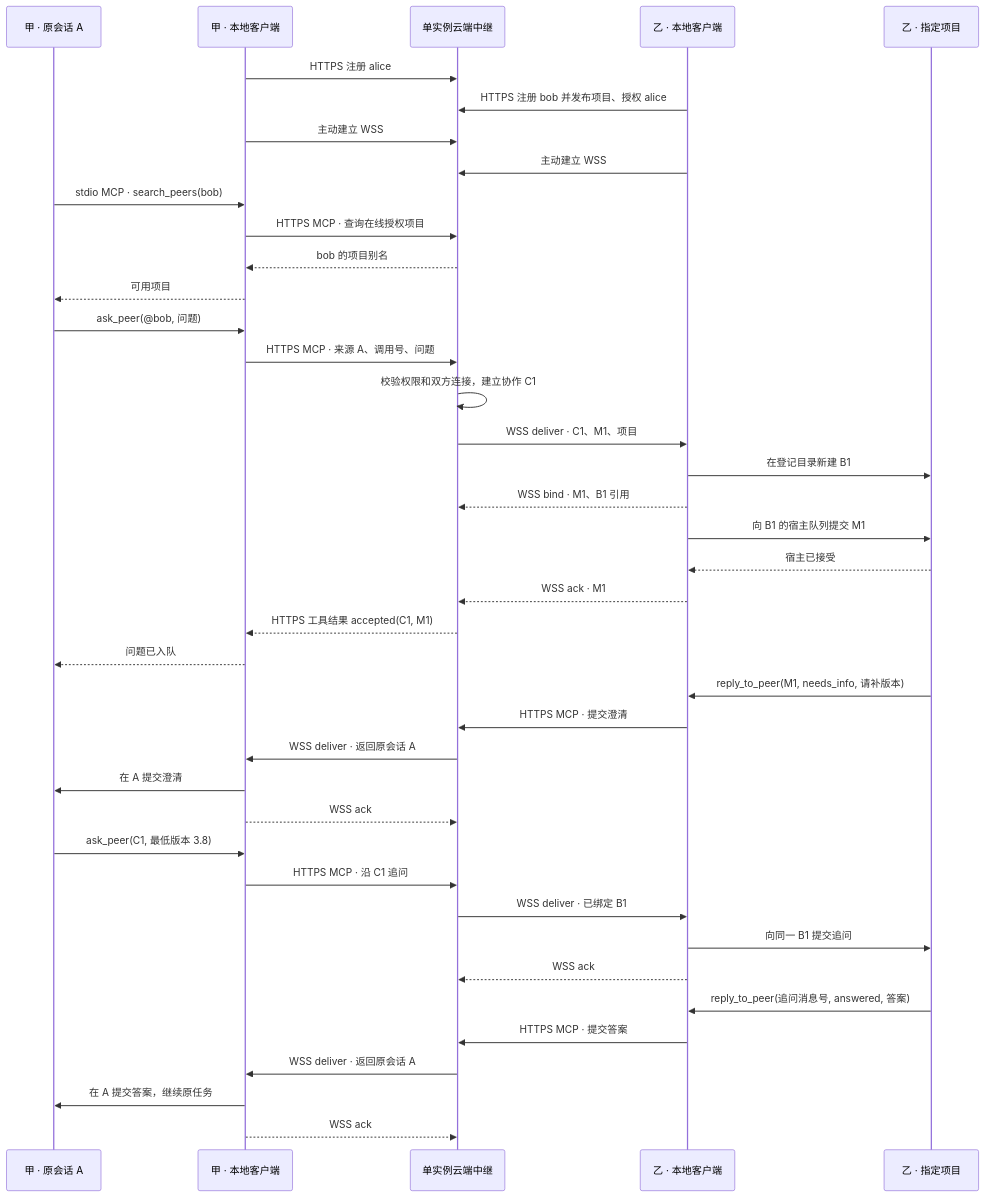
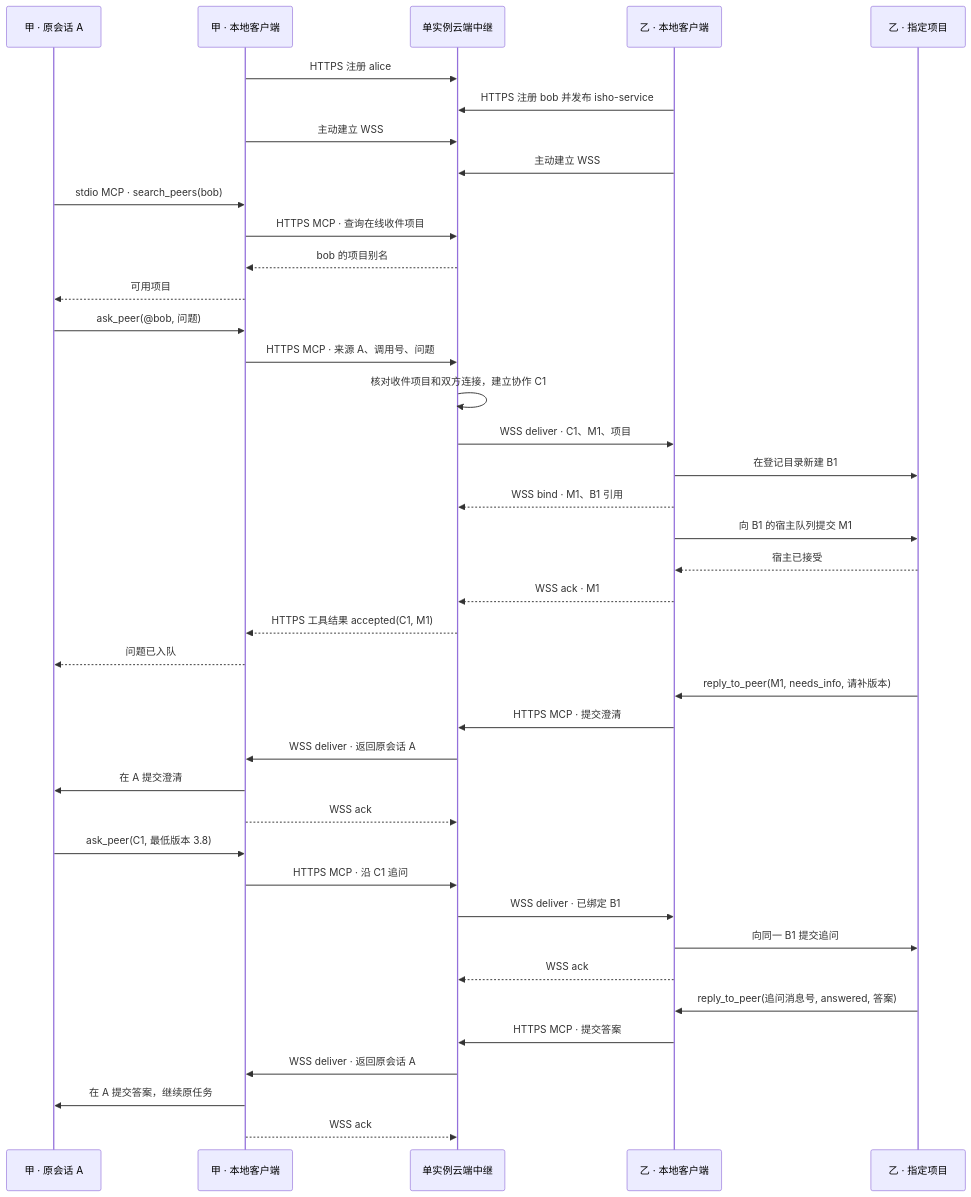
Before and after one commit to hdonLiu/agent-relay: the diagram in docs/design.md, drawn with Mermaid. The commit also changed other lines of this file and 24 other files, not shown here.

````diff
--- a/docs/design.md
+++ b/docs/design.md
@@ -20,42 +20,42 @@
 ```mermaid
 sequenceDiagram
     participant A as 甲 · 原会话 A
     participant CA as 甲 · 本地客户端
     participant S as 单实例云端中继
     participant CB as 乙 · 本地客户端
     participant B as 乙 · 指定项目
     CA->>S: HTTPS 注册 alice
-    CB->>S: HTTPS 注册 bob 并发布项目、授权 alice
+    CB->>S: HTTPS 注册 bob 并发布 isho-service
     CA->>S: 主动建立 WSS
     CB->>S: 主动建立 WSS
     A->>CA: stdio MCP · search_peers(bob)
-    CA->>S: HTTPS MCP · 查询在线授权项目
+    CA->>S: HTTPS MCP · 查询在线收件项目
     S-->>CA: bob 的项目别名
     CA-->>A: 可用项目
     A->>CA: ask_peer(@bob, 问题)
     CA->>S: HTTPS MCP · 来源 A、调用号、问题
-    S->>S: 校验权限和双方连接，建立协作 C1
+    S->>S: 核对收件项目和双方连接，建立协作 C1
     S->>CB: WSS deliver · C1、M1、项目
     CB->>B: 在登记目录新建 B1
     CB-->>S: WSS bind · M1、B1 引用
     CB->>B: 向 B1 的宿主队列提交 M1
     B-->>CB: 宿主已接受
     CB-->>S: WSS ack · M1
     S-->>CA: HTTPS 工具结果 accepted(C1, M1)
     CA-->>A: 问题已入队
     B->>CB: reply_to_peer(M1, needs_info, 请补版本)
     CB->>S: HTTPS MCP · 提交澄清
     S->>CA: WSS deliver · 返回原会话 A
     CA->>A: 在 A 提交澄清
     CA-->>S: WSS ack
     A->>CA: ask_peer(C1, 最低版本 3.8)
     CA->>S: HTTPS MCP · 沿 C1 追问
     S->>CB: WSS deliver · 已绑定 B1
     CB->>B: 向同一 B1 提交追问
     CB-->>S: WSS ack
     B->>CB: reply_to_peer(追问消息号, answered, 答案)
     CB->>S: HTTPS MCP · 提交答案
     S->>CA: WSS deliver · 返回原会话 A
     CA->>A: 在 A 提交答案，继续原任务
     CA-->>S: WSS ack
 ```
````
